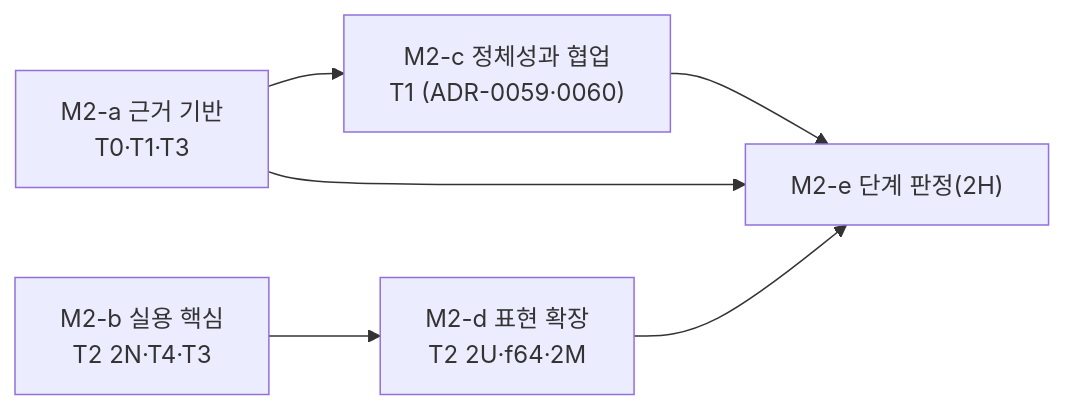
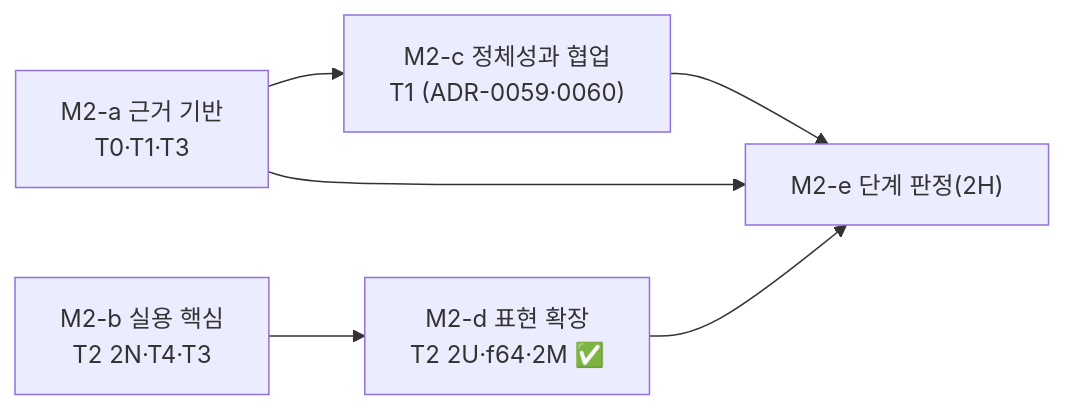
One commit to lang-bmb/lang-bmb changed the third of 3 diagrams in docs/ROADMAP.md. Above: the diagram before and after it, drawn with Mermaid. The commit also changed 2 other files, not shown here.

Commit message:
2P-04: M2-d closing audit; T2-03 done
dev-docs/health/M2d.md: the four pass criteria hold: each phase's
criteria (T1-18 proof fn, 2U strings, f64, 2M methods, T4-05 JSON), the
JSONTestSuite verdicts (y_ 95 with Python's tokens, n_ 188 rejected), the
two Benchmarks Game programs proved with their expected output, and the
vc-vv0039 equivalent contract proved with a lemma. T2-03's last item, its
three F6 mutants under the whole gate, are all caught (c-fadd-as-fsub by
soundness_float, codegen and health; c-olt-as-ole by codegen and
soundness_float; v-f64-lt-interpreted by verify). Outside the criteria:
T3-04's time and size against the official Rust programs, whose source the
network policy blocks.

````diff
--- a/docs/ROADMAP.md
+++ b/docs/ROADMAP.md
@@ -135,8 +135,8 @@
 ```mermaid
 flowchart LR
     A["M2-a 근거 기반<br/>T0·T1·T3"] --> C["M2-c 정체성과 협업<br/>T1 (ADR-0059·0060)"]
-    B["M2-b 실용 핵심<br/>T2 2N·T4·T3"] --> D["M2-d 표현 확장<br/>T2 2U·f64·2M"]
+    B["M2-b 실용 핵심<br/>T2 2N·T4·T3"] --> D["M2-d 표현 확장<br/>T2 2U·f64·2M ✅"]
     C --> E["M2-e 단계 판정(2H)"]
     D --> E
     A --> E
 ```
````
